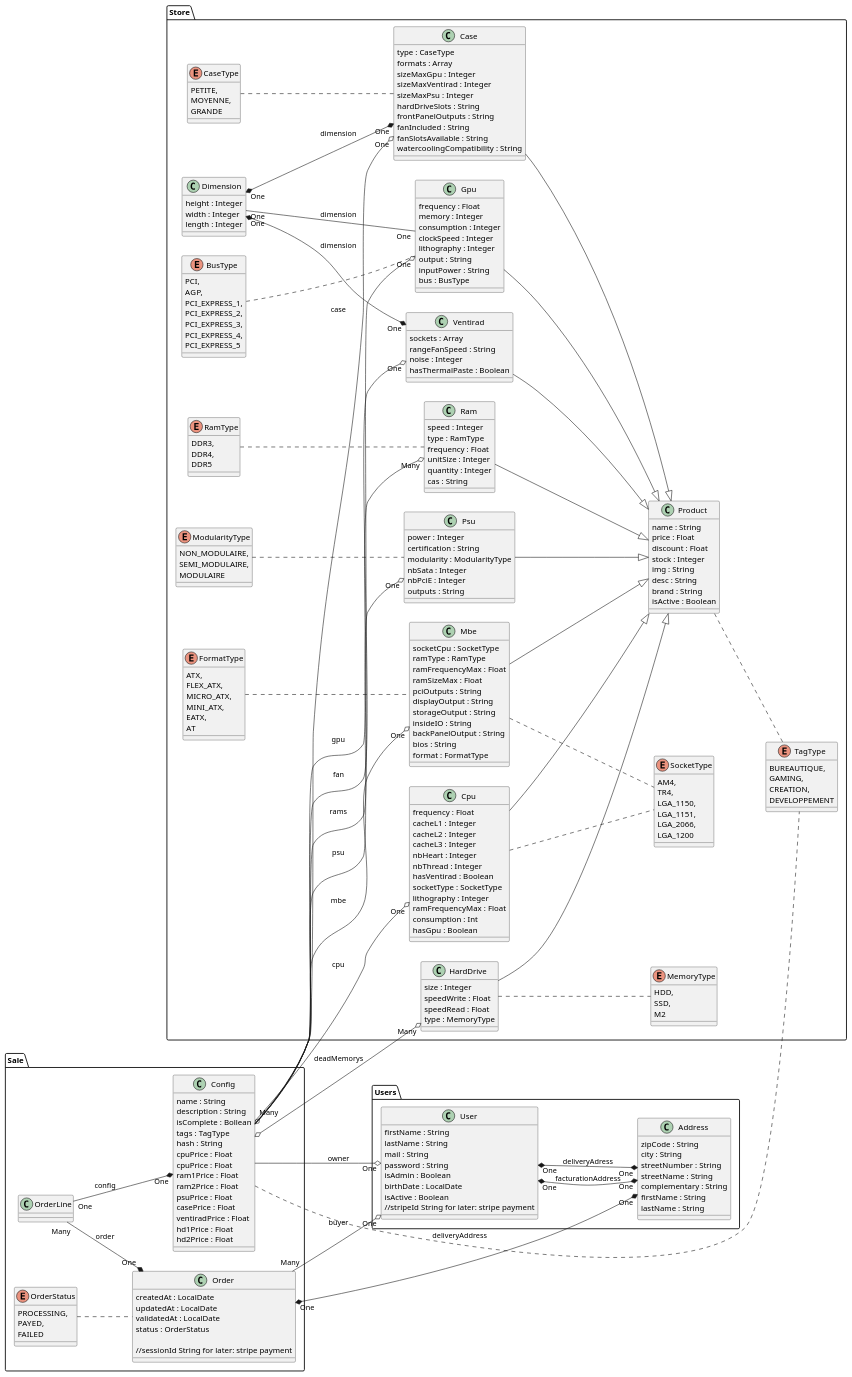
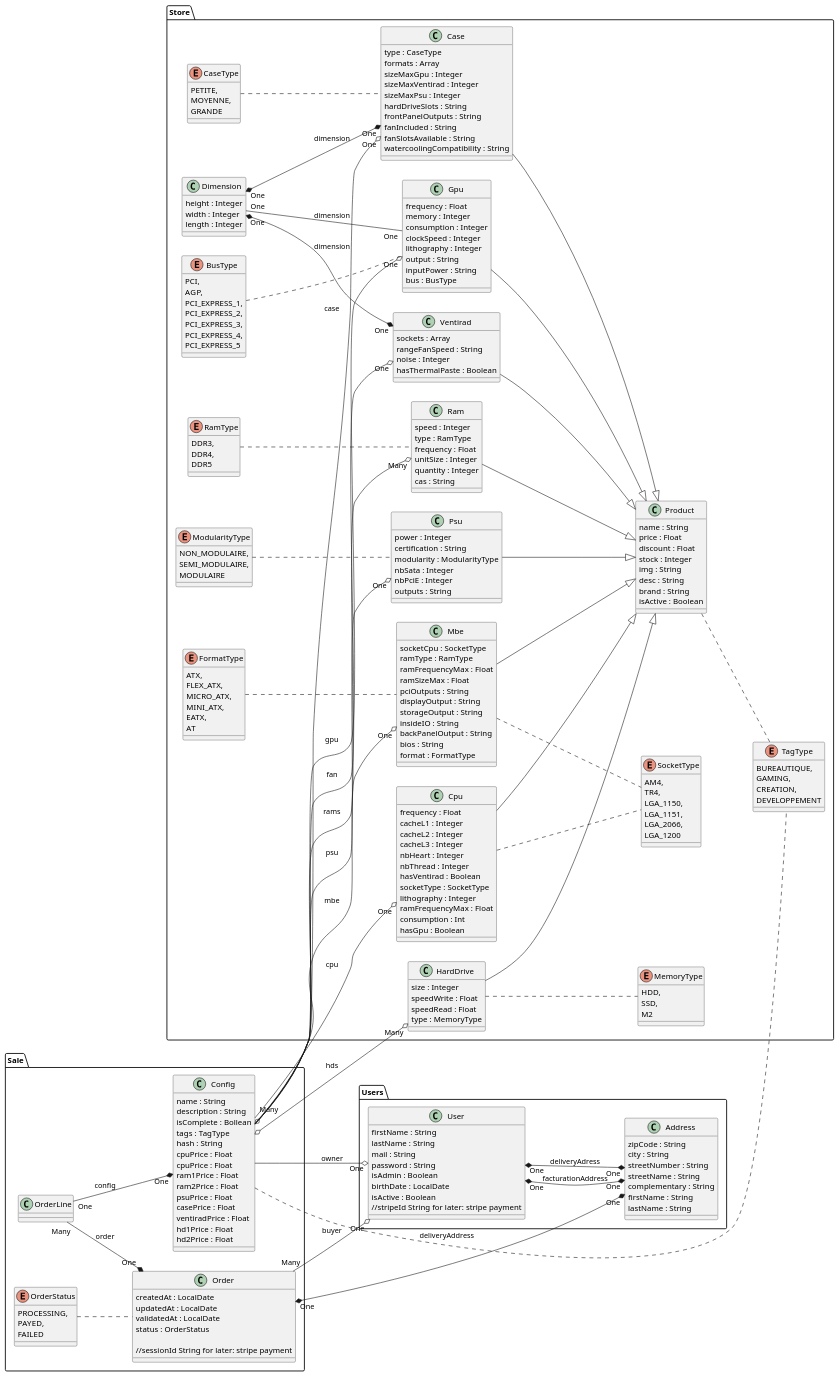
One commit to M2-GI-ConfigMe/configme changed the diagram in src/main/resources/class.puml. Above: the diagram before and after it, drawn with PlantUML. The commit also changed 19 other files, not shown here.

```diff
--- a/src/main/resources/class.puml
+++ b/src/main/resources/class.puml
@@ -3,14 +3,14 @@
 
 package "Store" {
     class Product {
-        {field} name : String 
-        {field} price : Float  
+        {field} name : String
+        {field} price : Float
         {field} discount : Float
-        {field} stock : Integer 
-        {field} img : String 
-        {field} desc : String 
-        {field} brand : String 
-        {field} isActive : Boolean 
+        {field} stock : Integer
+        {field} img : String
+        {field} desc : String
+        {field} brand : String
+        {field} isActive : Boolean
     }
 
     enum TagType {
@@ -21,29 +21,29 @@
     }
 
     class Cpu {
-        {field} frequency : Float 
-        {field} cacheL1 : Integer 
-        {field} cacheL2 : Integer 
-        {field} cacheL3 : Integer 
-        {field} nbHeart : Integer 
+        {field} frequency : Float
+        {field} cacheL1 : Integer
+        {field} cacheL2 : Integer
+        {field} cacheL3 : Integer
+        {field} nbHeart : Integer
         {field} nbThread : Integer
-        {field} hasVentirad : Boolean 
-        {field} socketType : SocketType 
-        {field} lithography : Integer 
-        {field} ramFrequencyMax : Float 
-        {field} consumption : Int 
-        {field} hasGpu : Boolean 
+        {field} hasVentirad : Boolean
+        {field} socketType : SocketType
+        {field} lithography : Integer
+        {field} ramFrequencyMax : Float
+        {field} consumption : Int
+        {field} hasGpu : Boolean
     }
 
     class Gpu {
-        {field} frequency : Float 
-        {field} memory : Integer 
-        {field} consumption : Integer 
-        {field} clockSpeed : Integer 
-        {field} lithography : Integer 
-        {field} output : String 
-        {field} inputPower : String 
-        {field} bus : BusType 
+        {field} frequency : Float
+        {field} memory : Integer
+        {field} consumption : Integer
+        {field} clockSpeed : Integer
+        {field} lithography : Integer
+        {field} output : String
+        {field} inputPower : String
+        {field} bus : BusType
     }
 
     enum BusType {
@@ -57,10 +57,10 @@
     }
 
     class HardDrive {
-        {field} size : Integer 
-        {field} speedWrite : Float 
-        {field} speedRead : Float 
-        {field} type : MemoryType 
+        {field} size : Integer
+        {field} speedWrite : Float
+        {field} speedRead : Float
+        {field} type : MemoryType
     }
 
     enum MemoryType {
@@ -70,12 +70,12 @@
     }
 
     class Ram {
-        {field} speed : Integer 
-        {field} type : RamType 
-        {field} frequency : Float 
-        {field} unitSize : Integer 
-        {field} quantity : Integer 
-        {field} cas : String 
+        {field} speed : Integer
+        {field} type : RamType
+        {field} frequency : Float
+        {field} unitSize : Integer
+        {field} quantity : Integer
+        {field} cas : String
     }
 
     enum RamType {
@@ -85,12 +85,12 @@
     }
 
     class Psu {
-        {field} power : Integer 
+        {field} power : Integer
         {field} certification : String
-        {field} modularity : ModularityType 
-        {field} nbSata : Integer 
-        {field} nbPciE : Integer 
-        {field} outputs : String 
+        {field} modularity : ModularityType
+        {field} nbSata : Integer
+        {field} nbPciE : Integer
+        {field} outputs : String
     }
 
     enum ModularityType {
@@ -101,15 +101,15 @@
 
     class Ventirad {
         {field} sockets : Array
-        {field} rangeFanSpeed : String 
+        {field} rangeFanSpeed : String
         {field} noise : Integer
-        {field} hasThermalPaste : Boolean 
+        {field} hasThermalPaste : Boolean
     }
 
     class Dimension {
-        {field} height : Integer 
-        {field} width : Integer 
-        {field} length : Integer 
+        {field} height : Integer
+        {field} width : Integer
+        {field} length : Integer
     }
 
     enum SocketType {
@@ -117,22 +117,22 @@
         TR4,
         LGA_1150,
         LGA_1151,
-        LGA_2066, 
+        LGA_2066,
         LGA_1200
     }
 
     class Mbe {
-        {field} socketCpu : SocketType 
-        {field} ramType : RamType 
-        {field} ramFrequencyMax : Float 
-        {field} ramSizeMax : Float 
-        {field} pciOutputs : String 
+        {field} socketCpu : SocketType
+        {field} ramType : RamType
+        {field} ramFrequencyMax : Float
+        {field} ramSizeMax : Float
+        {field} pciOutputs : String
         {field} displayOutput : String
         {field} storageOutput : String
         {field} insideIO : String
         {field} backPanelOutput : String
         {field} bios : String
-        {field} format : FormatType 
+        {field} format : FormatType
     }
 
     enum FormatType {
@@ -145,11 +145,11 @@
     }
 
     class Case {
-        {field} type : CaseType 
+        {field} type : CaseType
         {field} formats : Array
-        {field} sizeMaxGpu : Integer 
-        {field} sizeMaxVentirad : Integer 
-        {field} sizeMaxPsu : Integer 
+        {field} sizeMaxGpu : Integer
+        {field} sizeMaxVentirad : Integer
+        {field} sizeMaxPsu : Integer
         {field} hardDriveSlots : String
         {field} frontPanelOutputs : String
         {field} fanIncluded : String
@@ -166,24 +166,24 @@
 
 package Users {
     class User {
-        {field} firstName : String 
-        {field} lastName : String 
+        {field} firstName : String
+        {field} lastName : String
         {field} mail : String
-        {field} password : String 
-        {field} isAdmin : Boolean  
+        {field} password : String
+        {field} isAdmin : Boolean
         {field} birthDate : LocalDate
-        {field} isActive : Boolean 
+        {field} isActive : Boolean
         //stripeId String for later: stripe payment
     }
 
     class Address {
-        {field} zipCode : String 
-        {field} city : String 
-        {field} streetNumber : String 
-        {field} streetName : String 
+        {field} zipCode : String
+        {field} city : String
+        {field} streetNumber : String
+        {field} streetName : String
         {field} complementary : String
-        {field} firstName : String 
-        {field} lastName : String 
+        {field} firstName : String
+        {field} lastName : String
     }
 
 }
@@ -191,11 +191,11 @@
 package Sale {
 
     class Order {
-        {field} createdAt : LocalDate 
-        {field} updatedAt : LocalDate 
-        {field} validatedAt : LocalDate 
-        {field} status : OrderStatus 
-        
+        {field} createdAt : LocalDate
+        {field} updatedAt : LocalDate
+        {field} validatedAt : LocalDate
+        {field} status : OrderStatus
+
         //sessionId String for later: stripe payment
     }
 
@@ -232,7 +232,7 @@
 
 Config "Many" --o "One" Cpu : cpu
 
-Config " " --o "One" Gpu : gpu 
+Config " " --o "One" Gpu : gpu
 
 Config " " --o "One" Psu : psu
 
@@ -248,7 +248,7 @@
 
 Config " " o--o "Many" Ram : rams
 
-Config " " o--o "Many" HardDrive : deadMemorys
+Config " " o--o "Many" HardDrive : hds
 
 
 
```
